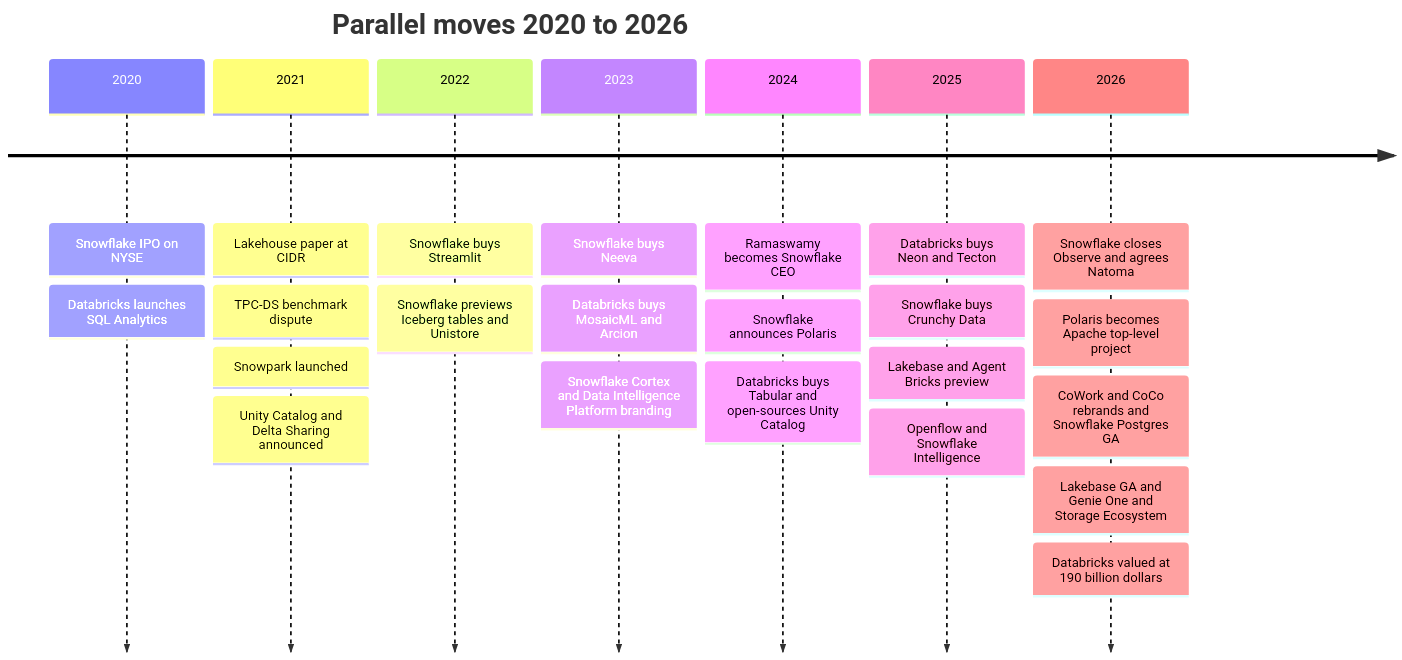
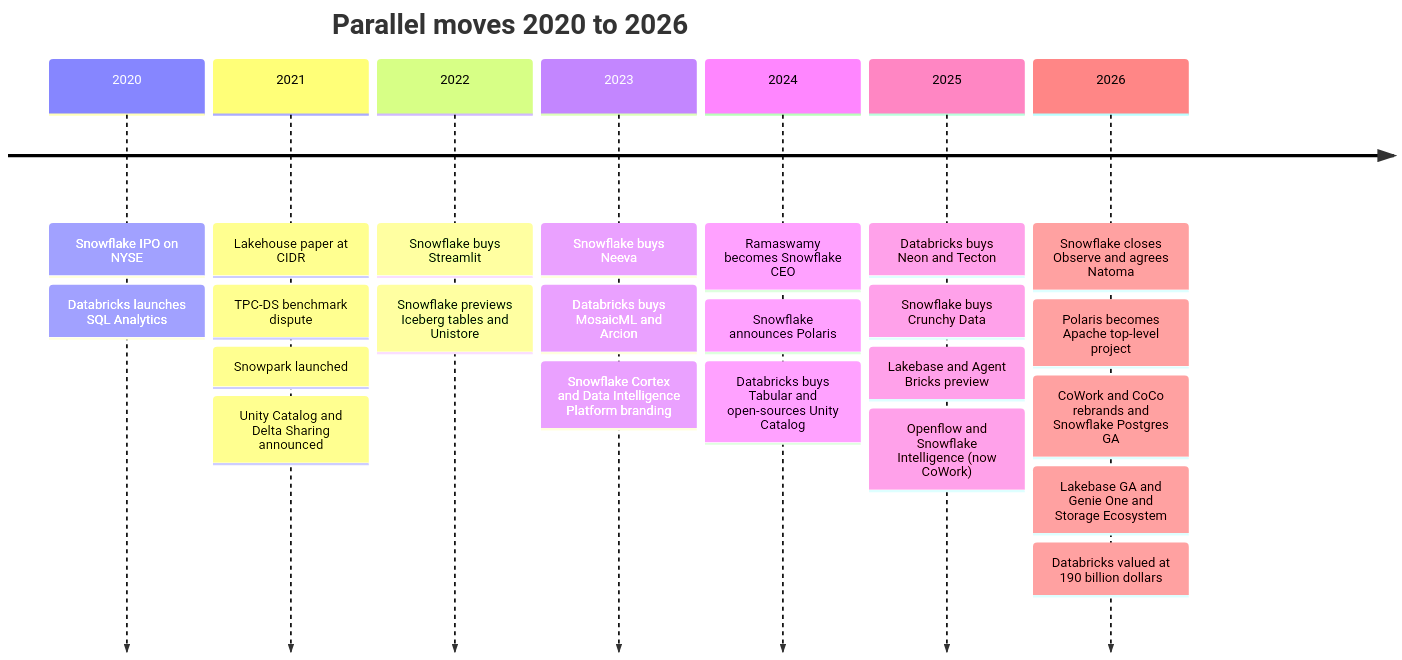
Before and after one commit to FrankHuang94/data_tech_db_claude: the first of 3 diagrams in docs/04-company-deep-dives/ch27-databricks-vs-snowflake.md, drawn with Mermaid. The commit also changed other lines of this file and 22 other files, not shown here.

````diff
--- a/docs/04-company-deep-dives/ch27-databricks-vs-snowflake.md
+++ b/docs/04-company-deep-dives/ch27-databricks-vs-snowflake.md
@@ -67,11 +67,11 @@
 ```mermaid
 timeline
     title Parallel moves 2020 to 2026
     2020 : Snowflake IPO on NYSE : Databricks launches SQL Analytics
     2021 : Lakehouse paper at CIDR : TPC-DS benchmark dispute : Snowpark launched : Unity Catalog and Delta Sharing announced
     2022 : Snowflake buys Streamlit : Snowflake previews Iceberg tables and Unistore
     2023 : Snowflake buys Neeva : Databricks buys MosaicML and Arcion : Snowflake Cortex and Data Intelligence Platform branding
     2024 : Ramaswamy becomes Snowflake CEO : Snowflake announces Polaris : Databricks buys Tabular and open-sources Unity Catalog
-    2025 : Databricks buys Neon and Tecton : Snowflake buys Crunchy Data : Lakebase and Agent Bricks preview : Openflow and Snowflake Intelligence
+    2025 : Databricks buys Neon and Tecton : Snowflake buys Crunchy Data : Lakebase and Agent Bricks preview : Openflow and Snowflake Intelligence (now CoWork)
     2026 : Snowflake closes Observe and agrees Natoma : Polaris becomes Apache top-level project : CoWork and CoCo rebrands and Snowflake Postgres GA : Lakebase GA and Genie One and Storage Ecosystem : Databricks valued at 190 billion dollars
 ```
````
